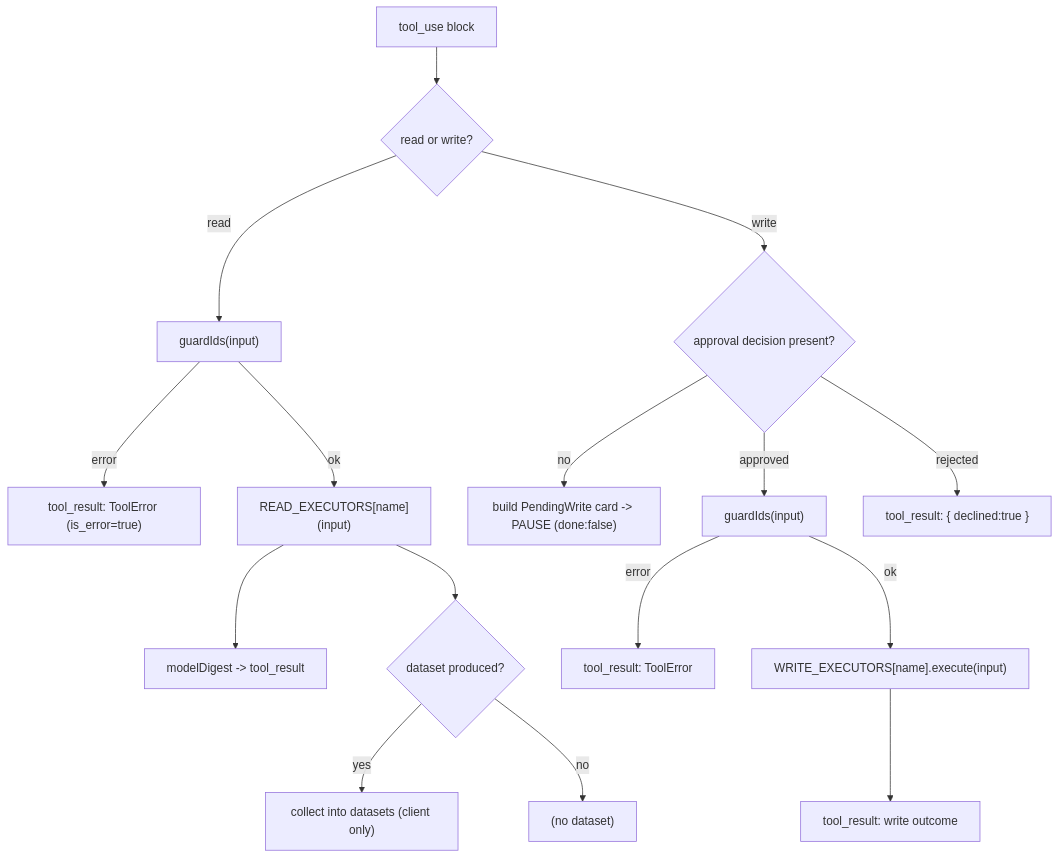
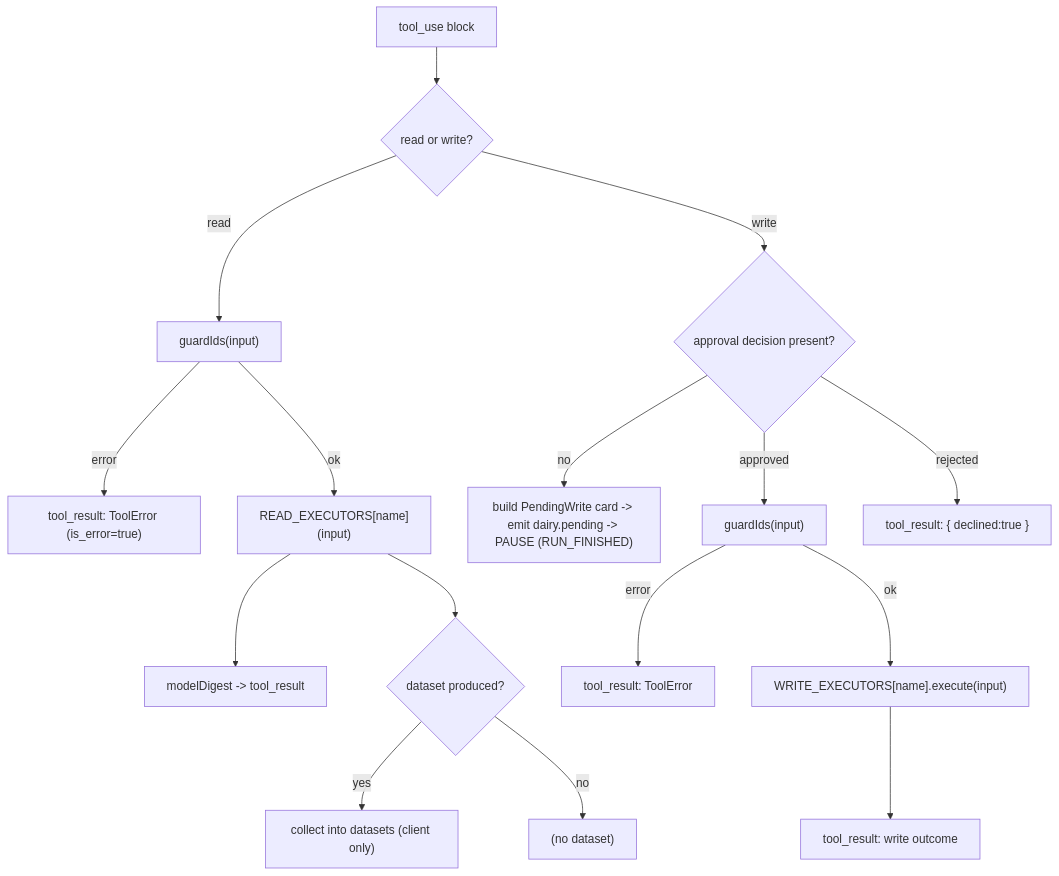
The first of 2 diagrams in docs/TECHNICAL.md (i-adnanali/dairy-agent), drawn with Mermaid before and after one commit. The commit also changed other lines of this file and 3 other files, not shown here.

First line of the commit message:
docs: fix architecture drift; remove stray artifacts

````diff
--- a/docs/TECHNICAL.md
+++ b/docs/TECHNICAL.md
@@ -62,20 +71,20 @@
 ```mermaid
 flowchart TD
     TU["tool_use block"] --> Kind{"read or write?"}
 
     Kind -- "read" --> GR["guardIds(input)"]
     GR -- "error" --> RErr["tool_result: ToolError (is_error=true)"]
     GR -- "ok" --> Exec["READ_EXECUTORS[name](input)"]
     Exec --> Dig["modelDigest -> tool_result"]
     Exec --> DS{"dataset produced?"}
     DS -- "yes" --> Coll["collect into datasets (client only)"]
     DS -- "no" --> Skip["(no dataset)"]
 
     Kind -- "write" --> Dec{"approval decision present?"}
-    Dec -- "no" --> Card["build PendingWrite card -> PAUSE (done:false)"]
+    Dec -- "no" --> Card["build PendingWrite card -> emit dairy.pending -> PAUSE (RUN_FINISHED)"]
     Dec -- "approved" --> GW["guardIds(input)"]
     GW -- "error" --> WErr["tool_result: ToolError"]
     GW -- "ok" --> WExec["WRITE_EXECUTORS[name].execute(input)"]
     WExec --> WRes["tool_result: write outcome"]
     Dec -- "rejected" --> Declined["tool_result: { declined:true }"]
 ```
````
